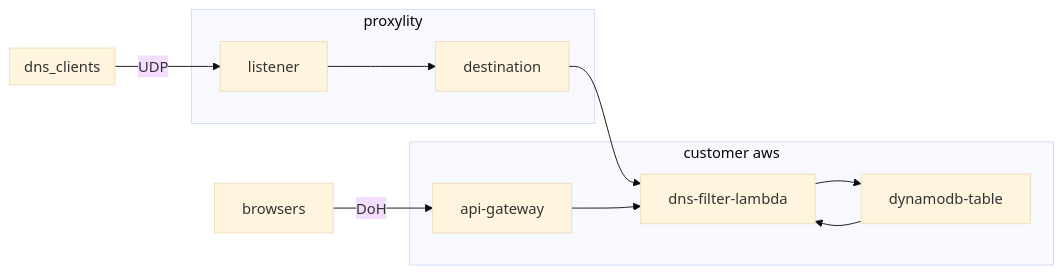
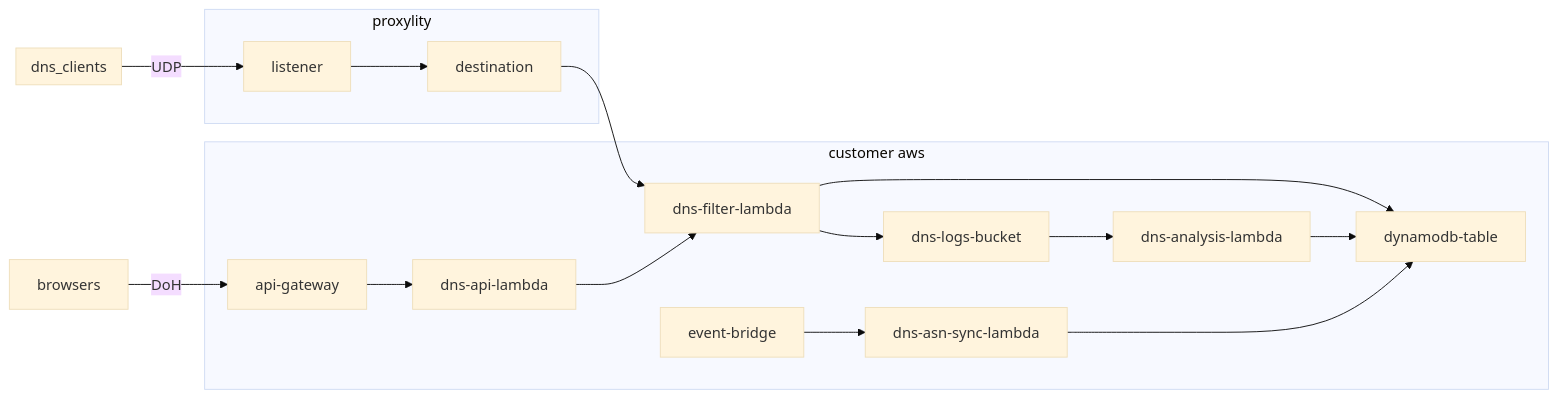
The diagram in dns-filter/readme.md (proxylity/examples), drawn with Mermaid (base theme) before and after one commit. The commit also changed other lines of this file and 2 other files, not shown here.

Commit message:
Update README and CloudFormation template for MyDNS service; enhance documentation and add API Gateway root method for demo splash page.

````diff
--- a/dns-filter/readme.md
+++ b/dns-filter/readme.md
@@ -28,23 +34,30 @@
 ```mermaid
 graph LR
 
 subgraph dns_clients
 
 end
 
 subgraph proxylity
 listener
 destination
 end
 
 subgraph customer aws
 api-gateway
+dns-api-lambda
 dns-filter-lambda
 dynamodb-table
+event-bridge
+dns-logs-bucket
+dns-analysis-lambda
+dns-asn-sync-lambda
 end
 
 dns_clients--UDP-->listener-->destination-->dns-filter-lambda
-browsers--DoH-->api-gateway-->dns-filter-lambda
+browsers--DoH-->api-gateway-->dns-api-lambda-->dns-filter-lambda
 dns-filter-lambda-->dynamodb-table
-dynamodb-table-->dns-filter-lambda
+dns-analysis-lambda-->dynamodb-table
+dns-filter-lambda-->dns-logs-bucket-->dns-analysis-lambda
+event-bridge-->dns-asn-sync-lambda--->dynamodb-table
 ```
````
